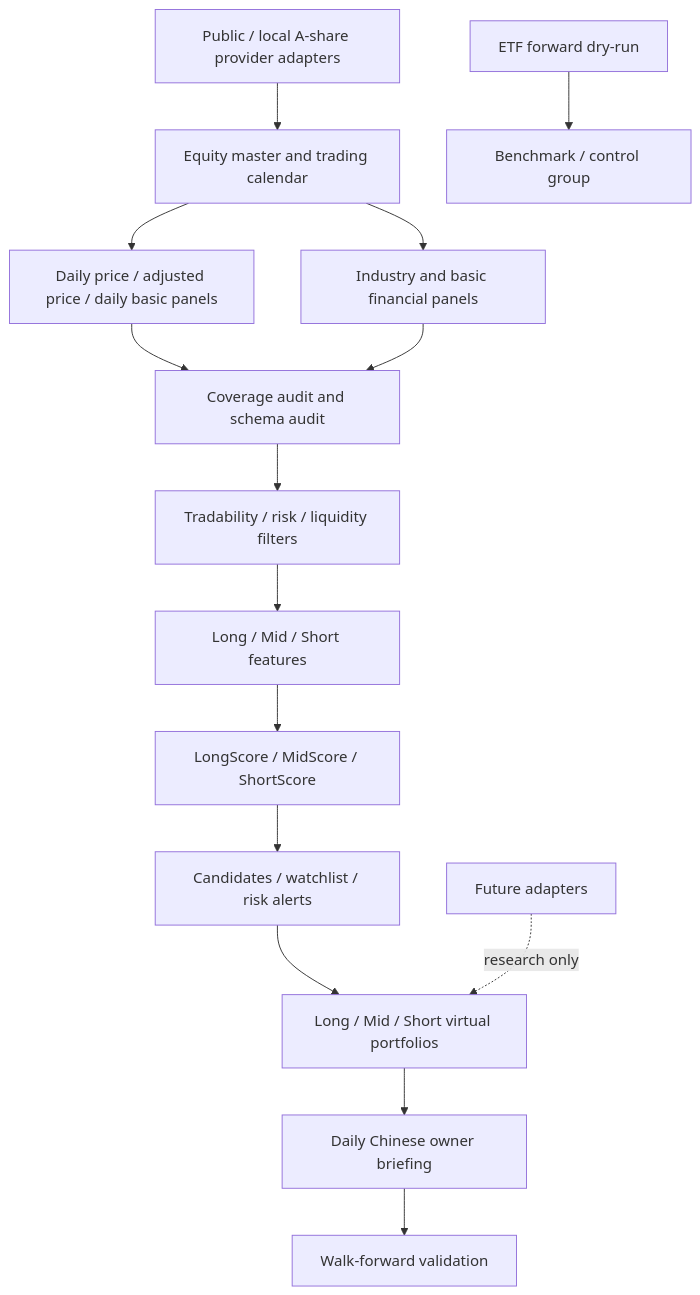
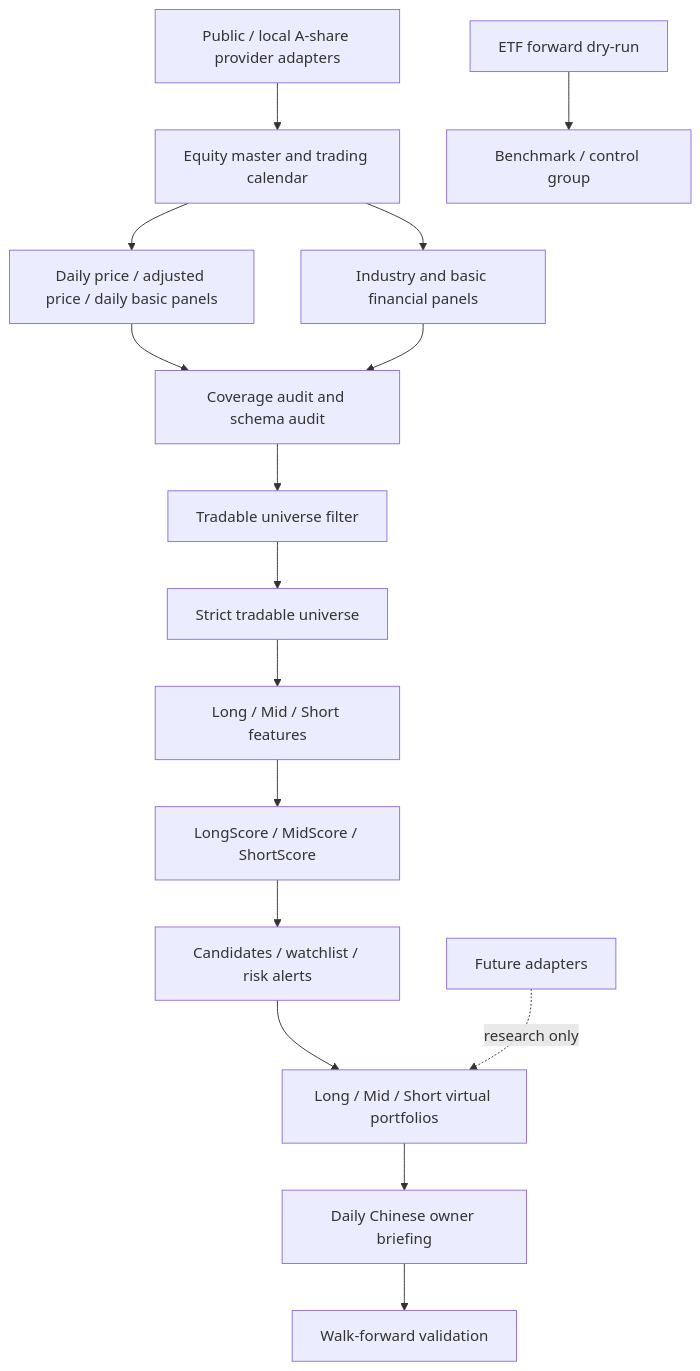
Before and after one commit to chuyc11/atlas-trading-core: the diagram in docs/V0_7_ARCHITECTURE.md, drawn with Mermaid. The commit also changed other lines of this file and 15 other files, not shown here.

Commit message:
chore: release v0.7.2 A-share tradable universe filter

````diff
--- a/docs/V0_7_ARCHITECTURE.md
+++ b/docs/V0_7_ARCHITECTURE.md
@@ -38,17 +38,18 @@
 ```mermaid
 flowchart TD
   P["Public / local A-share provider adapters"] --> U["Equity master and trading calendar"]
   U --> M["Daily price / adjusted price / daily basic panels"]
   U --> I["Industry and basic financial panels"]
   M --> Q["Coverage audit and schema audit"]
   I --> Q
-  Q --> B["Tradability / risk / liquidity filters"]
-  B --> C["Long / Mid / Short features"]
-  C --> D["LongScore / MidScore / ShortScore"]
+  Q --> B["Tradable universe filter"]
+  B --> C["Strict tradable universe"]
+  C --> D0["Long / Mid / Short features"]
+  D0 --> D["LongScore / MidScore / ShortScore"]
   D --> E["Candidates / watchlist / risk alerts"]
   E --> F["Long / Mid / Short virtual portfolios"]
   F --> G["Daily Chinese owner briefing"]
   G --> H["Walk-forward validation"]
   X["ETF forward dry-run"] --> J["Benchmark / control group"]
   K["Future adapters"] -. "research only" .-> F
 ```
````
